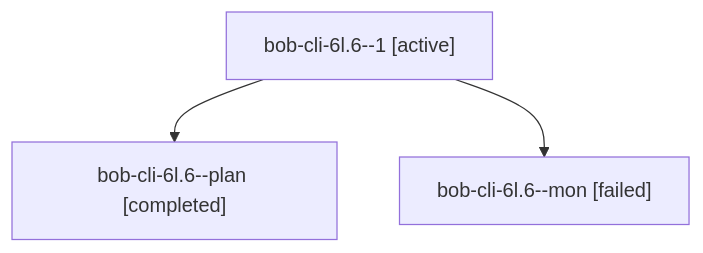
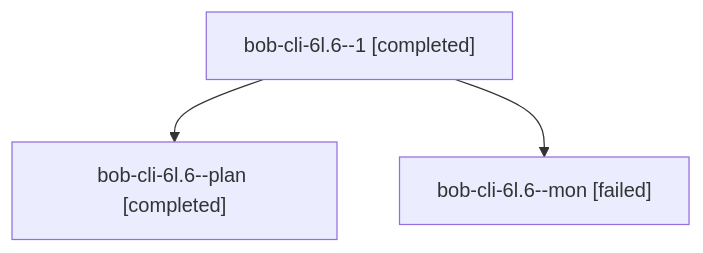
The diagram in sessions/bbugyi200.apollo.bob-cli-6l.6.md (bobs-org/bob-cli--agents), drawn with Mermaid before and after one commit. The commit also changed other lines of this file and 72 other files, not shown here.

````diff
--- a/sessions/bbugyi200.apollo.bob-cli-6l.6.md
+++ b/sessions/bbugyi200.apollo.bob-cli-6l.6.md
@@ -9,8 +9,8 @@
 ```mermaid
 flowchart TD
-  n0["bob-cli-6l.6--1 [active]"]
+  n0["bob-cli-6l.6--1 [completed]"]
   n1["bob-cli-6l.6--plan [completed]"]
   n0 --> n1
   n2["bob-cli-6l.6--mon [failed]"]
   n0 --> n2
 ```
````
